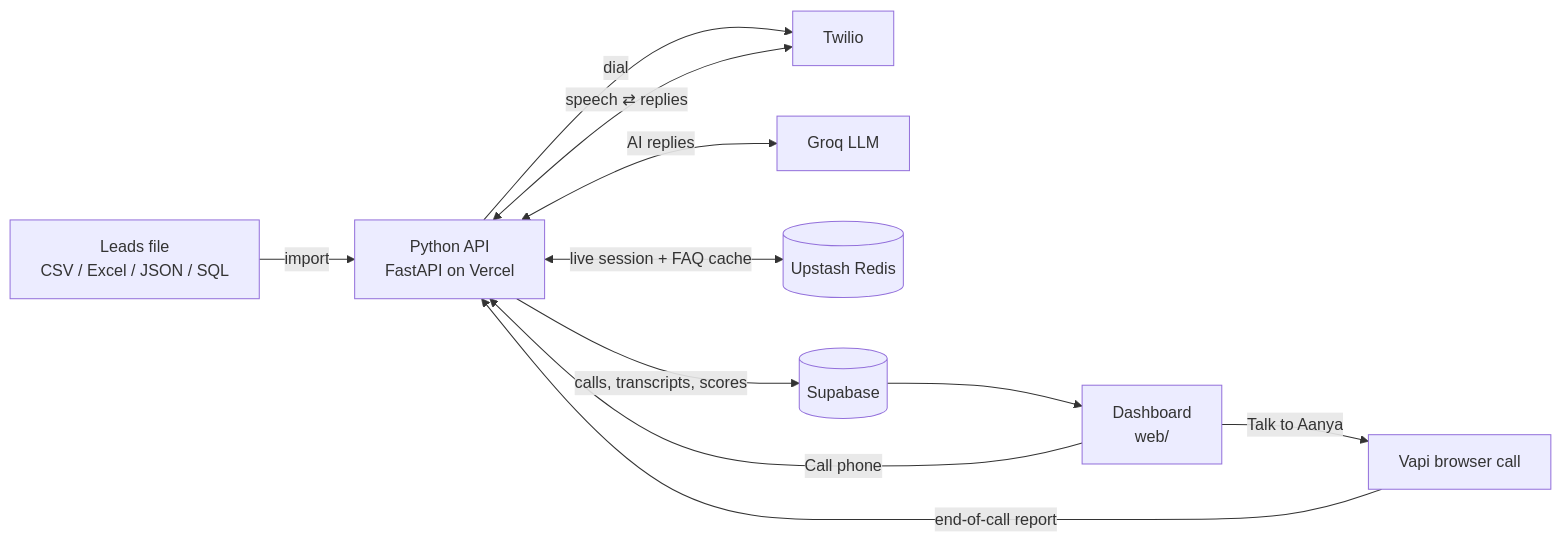
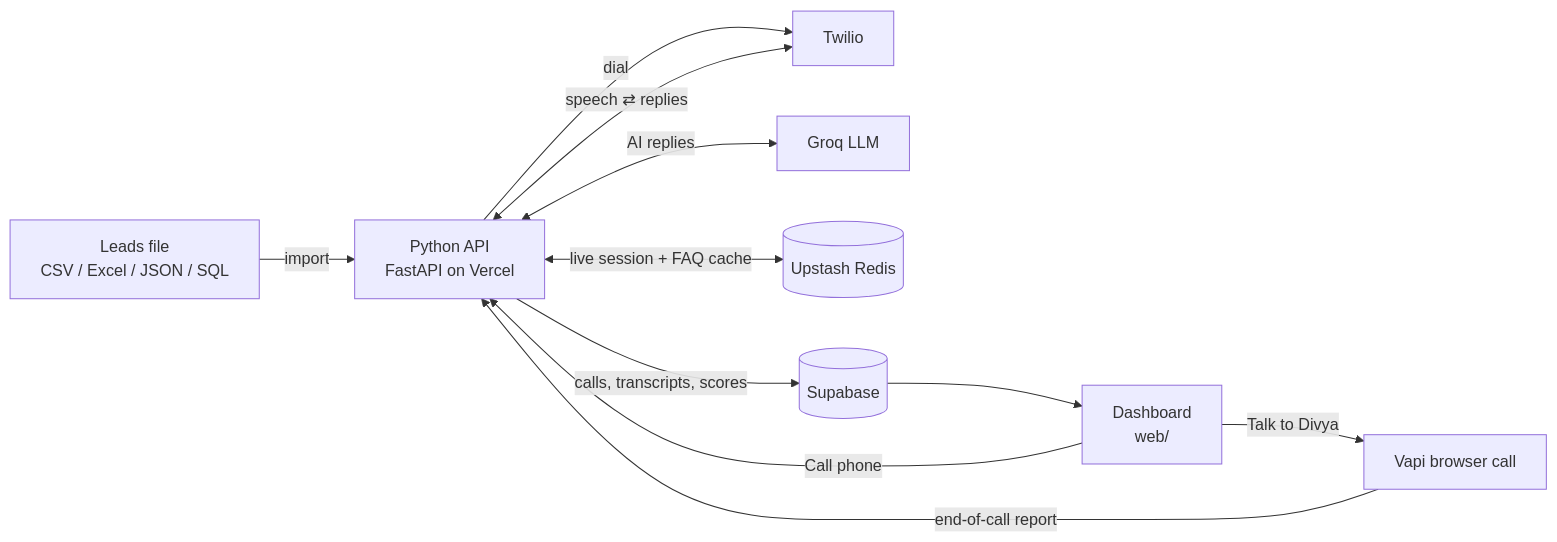
Before and after one commit to anshuman0112/wow: the diagram in README.md, drawn with Mermaid. The commit also changed other lines of this file and 46 other files, not shown here.

````diff
--- a/README.md
+++ b/README.md
@@ -61,13 +61,13 @@
 ```mermaid
 flowchart LR
   L[Leads file<br/>CSV / Excel / JSON / SQL] -->|import| API
-  D[Dashboard<br/>web/] -->|Talk to Aanya| V[Vapi browser call]
+  D[Dashboard<br/>web/] -->|Talk to Divya| V[Vapi browser call]
   D -->|Call phone| API[Python API<br/>FastAPI on Vercel]
   API -->|dial| T[Twilio]
   T <-->|speech ⇄ replies| API
   API <-->|AI replies| G[Groq LLM]
   API <-->|live session + FAQ cache| R[(Upstash Redis)]
   V -->|end-of-call report| API
   API -->|calls, transcripts, scores| DB[(Supabase)]
   DB --> D
 ```
````
